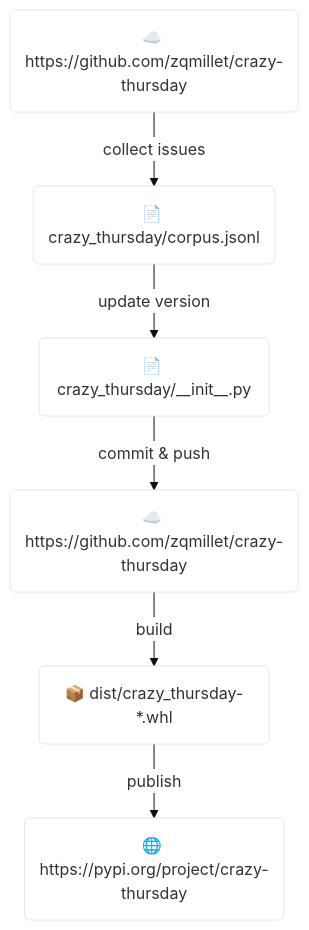
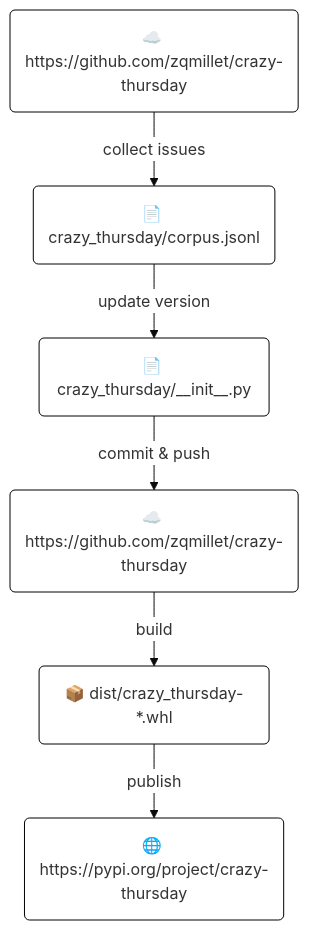
One commit to zqmillet/crazy-thursday changed the diagram in README.md. Above: the diagram before and after it, drawn with Mermaid.

Commit message:
[Debug] debug.

````diff
--- a/README.md
+++ b/README.md
@@ -36,10 +36,10 @@
 ```mermaid
-%%{init: {'theme': 'base', 'themeVariables': { 'primaryColor': '#FFFFFF'}}}%%
+%%{init: {"theme": "base", "themeVariables": {"primaryColor": "#FFFFFF", "primaryBorderColor": "#000000"}}}%%
 
 graph TD
     A("☁️ https://github.com/zqmillet/crazy-thursday") -->|collect issues| B("📄 crazy_thursday/corpus.jsonl")
     B -->|update version| C("📄 crazy_thursday/__init__.py") 
     C --> |commit & push| D("☁️ https://github.com/zqmillet/crazy-thursday")
     D --> |build| E("📦 dist/crazy_thursday-*.whl")
     E --> |publish| F("🌐 https://pypi.org/project/crazy-thursday")
 ```
````
